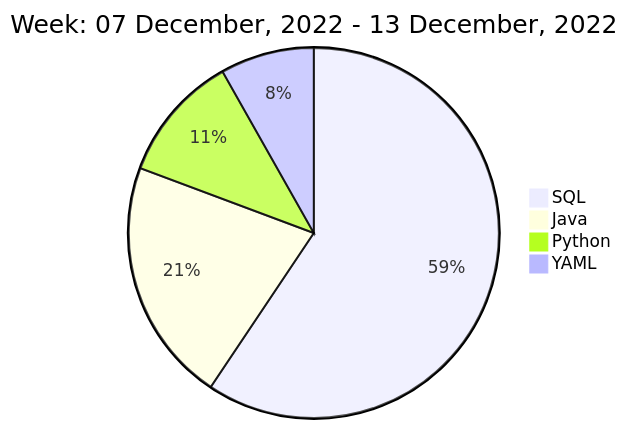
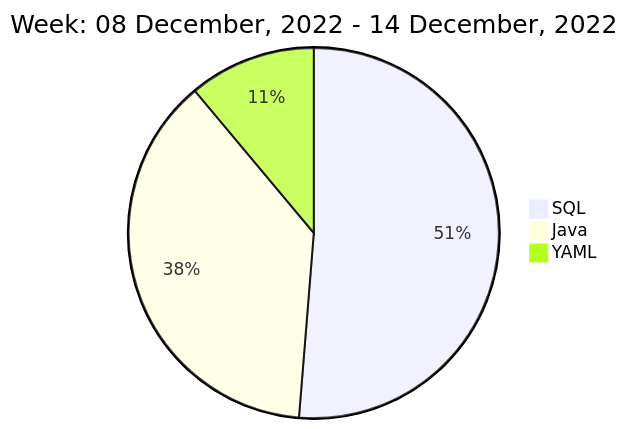
The diagram in README.md (liubin95/liubin95), drawn with Mermaid before and after one commit.

Commit message:
Updated the Graph with new Metrics

````diff
--- a/README.md
+++ b/README.md
@@ -40,8 +40,7 @@
 ```mermaid
  pie
-title Week: 07 December, 2022 - 13 December, 2022
- "SQL" : 8.92
- "Java" : 3.2
- "Python" : 1.67
- "YAML" : 1.23
+title Week: 08 December, 2022 - 14 December, 2022
+ "SQL" : 7.63
+ "Java" : 5.6
+ "YAML" : 1.65
 ```
````
